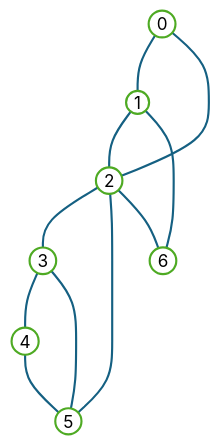
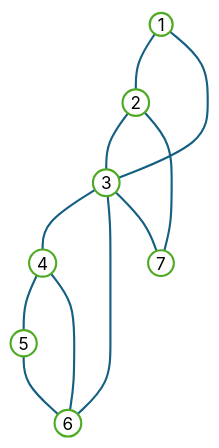
Before and after one commit to chaebkimm/data_structure_2026: the tenth of 10 diagrams in module_06_graph_dfs/student/ppt_material.md, drawn with Mermaid (neutral theme). The commit also changed other lines of this file, not shown here.

````diff
--- a/module_06_graph_dfs/student/ppt_material.md
+++ b/module_06_graph_dfs/student/ppt_material.md
@@ -312,25 +312,25 @@
 ```mermaid
 flowchart TB
-    n0(("0"))
     n1(("1"))
     n2(("2"))
     n3(("3"))
     n4(("4"))
     n5(("5"))
     n6(("6"))
+    n7(("7"))
 
-    n0 --- n1
-    n0 --- n2
     n1 --- n2
-    n1 --- n6
+    n1 --- n3
     n2 --- n3
-    n2 --- n5
-    n2 --- n6
+    n2 --- n7
     n3 --- n4
-    n3 --- n5
+    n3 --- n6
+    n3 --- n7
     n4 --- n5
+    n4 --- n6
+    n5 --- n6
 
     classDef vertex fill:#ffffff,stroke:#4eaa23,stroke-width:2px,color:#000000
-    class n0,n1,n2,n3,n4,n5,n6 vertex
+    class n1,n2,n3,n4,n5,n6,n7 vertex
     linkStyle default stroke:#156082,stroke-width:2px
 ```
````
